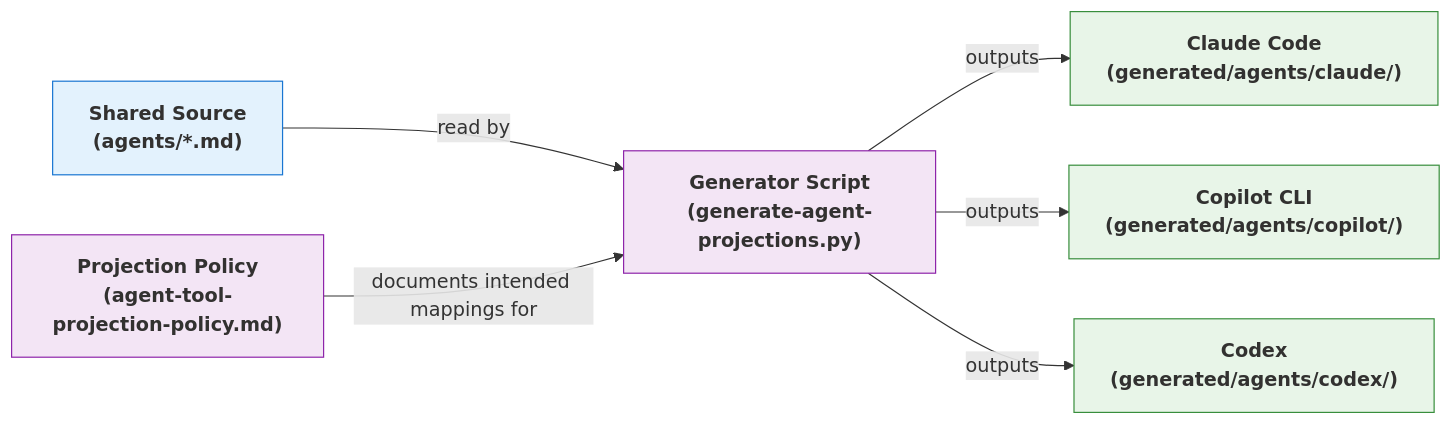
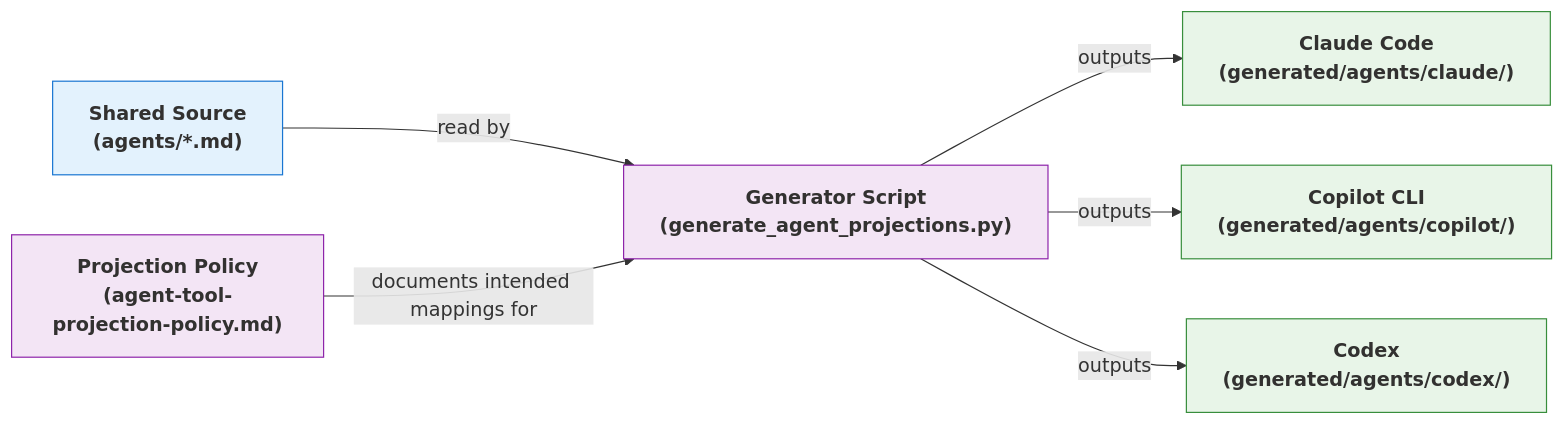
Before and after one commit to russell-laing/al-dev-shared: the first of 6 diagrams in docs/projection-layer-readme.md, drawn with Mermaid. The commit also changed other lines of this file and 16 other files, not shown here.

Commit message:
refactor: align regenerate agent projections skill rename

````diff
--- a/docs/projection-layer-readme.md
+++ b/docs/projection-layer-readme.md
@@ -27,19 +27,19 @@
 ```mermaid
 graph LR
-    A["Shared Source<br/>(agents/*.md)"] -->|read by| C["Generator Script<br/>(generate-agent-projections.py)"]
+    A["Shared Source<br/>(agents/*.md)"] -->|read by| C["Generator Script<br/>(generate_agent_projections.py)"]
     B["Projection Policy<br/>(agent-tool-projection-policy.md)"] -->|documents intended mappings for| C
     C -->|outputs| D["Claude Code<br/>(generated/agents/claude/)"]
     C -->|outputs| E["Copilot CLI<br/>(generated/agents/copilot/)"]
     C -->|outputs| F["Codex<br/>(generated/agents/codex/)"]
 
     classDef input fill:#e3f2fd,stroke:#1976d2,color:#323130,font-weight:bold
     classDef process fill:#f3e5f5,stroke:#8e24aa,color:#323130,font-weight:bold
     classDef output fill:#e8f5e8,stroke:#388e3c,color:#323130,font-weight:bold
 
     class A input
     class B process
     class C process
     class D output
     class E output
     class F output
 ```
````
